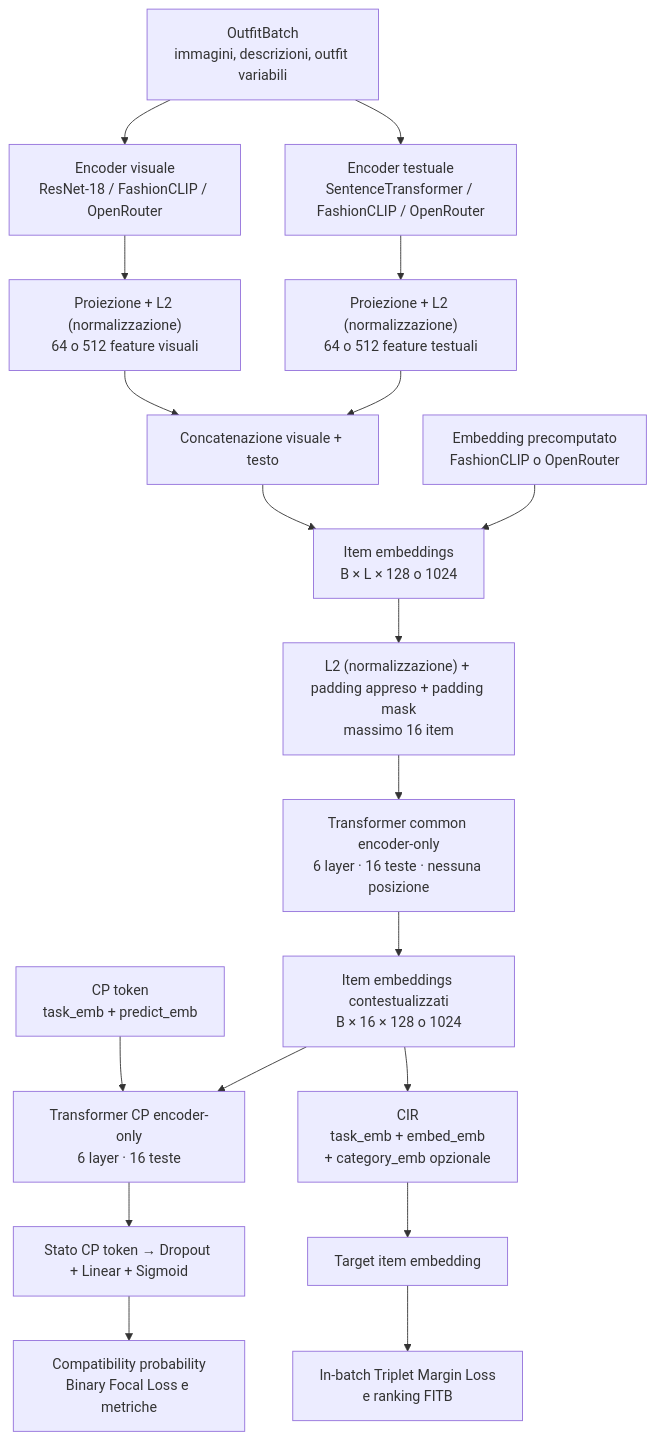
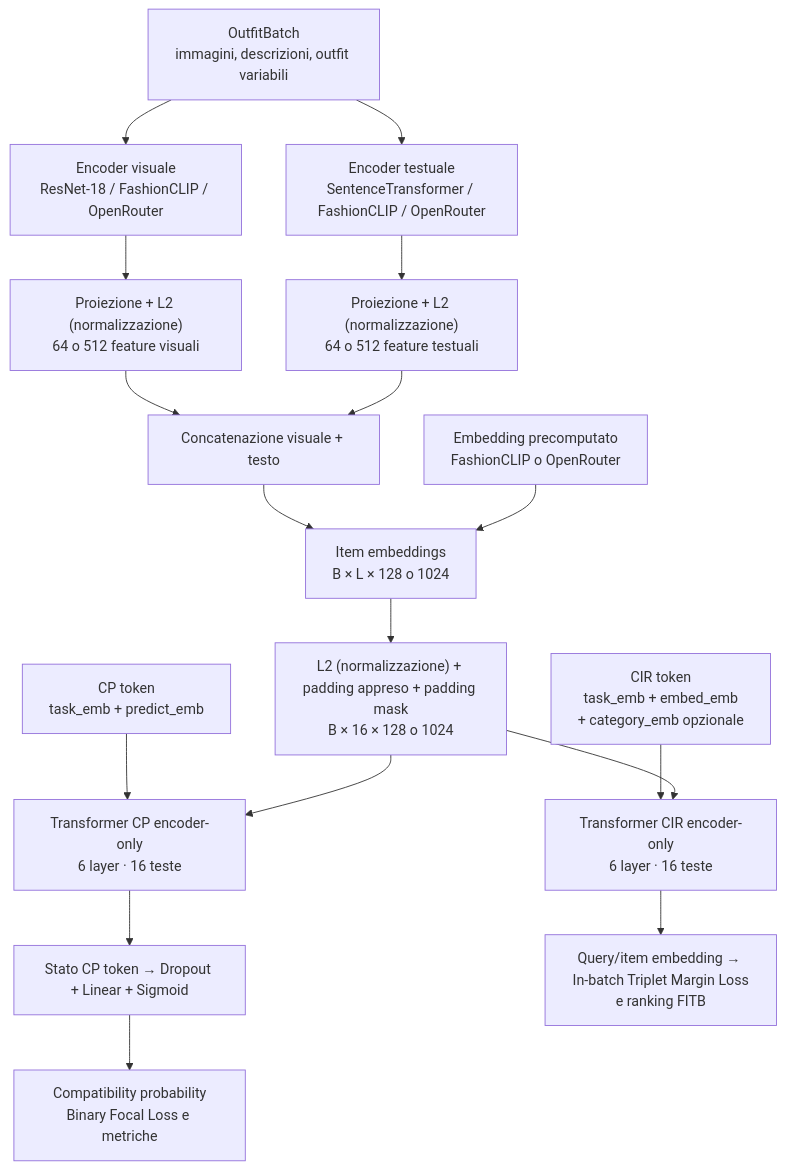
The diagram in README.md (FlorindoDev/OutfitTransformer), drawn with Mermaid before and after one commit. The commit also changed other lines of this file and 25 other files, not shown here.

First line of the commit message:
refactor(model)!: remove common transformer

````diff
--- a/README.md
+++ b/README.md
@@ -50,28 +50,26 @@
 ```mermaid
 flowchart TD
     A["OutfitBatch<br/>immagini, descrizioni, outfit variabili"]
 
     A --> B["Encoder visuale<br/>ResNet-18 / FashionCLIP / OpenRouter"]
     A --> C["Encoder testuale<br/>SentenceTransformer / FashionCLIP / OpenRouter"]
 
     B --> D["Proiezione + L2 (normalizzazione)<br/>64 o 512 feature visuali"]
     C --> E["Proiezione + L2 (normalizzazione)<br/>64 o 512 feature testuali"]
 
     D --> F["Concatenazione visuale + testo"]
     E --> F
 
     F --> G["Item embeddings<br/>B × L × 128 o 1024"]
     P["Embedding precomputato<br/>FashionCLIP o OpenRouter"] --> G
-    G --> H["L2 (normalizzazione) + padding appreso + padding mask<br/>massimo 16 item"]
-    H --> I["Transformer common encoder-only<br/>6 layer · 16 teste · nessuna posizione"]
-    I --> J["Item embeddings contestualizzati<br/>B × 16 × 128 o 1024"]
+    G --> H["L2 (normalizzazione) + padding appreso + padding mask<br/>B × 16 × 128 o 1024"]
 
     K["CP token<br/>task_emb + predict_emb"] --> L["Transformer CP encoder-only<br/>6 layer · 16 teste"]
-    J --> L
+    H --> L
     L --> M["Stato CP token → Dropout + Linear + Sigmoid"]
     M --> N["Compatibility probability<br/>Binary Focal Loss e metriche"]
 
-    J --> O["CIR<br/>task_emb + embed_emb<br/>+ category_emb opzionale"]
-    O --> Q["Target item embedding"]
-    Q --> R["In-batch Triplet Margin Loss<br/>e ranking FITB"]
+    O["CIR token<br/>task_emb + embed_emb<br/>+ category_emb opzionale"] --> Q["Transformer CIR encoder-only<br/>6 layer · 16 teste"]
+    H --> Q
+    Q --> R["Query/item embedding → In-batch Triplet Margin Loss<br/>e ranking FITB"]
 ```
````
